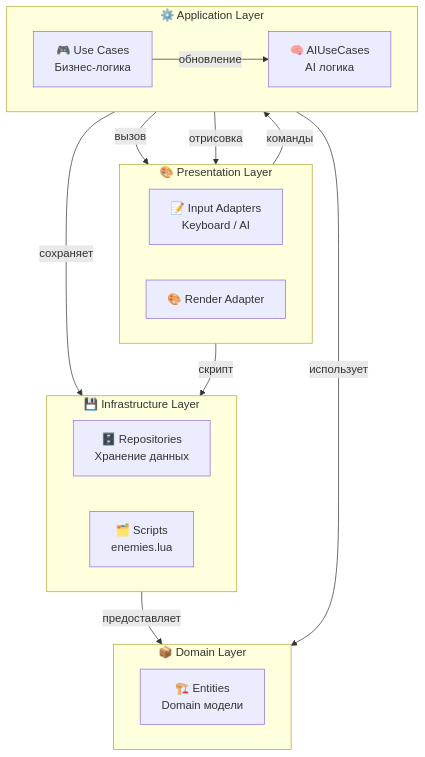
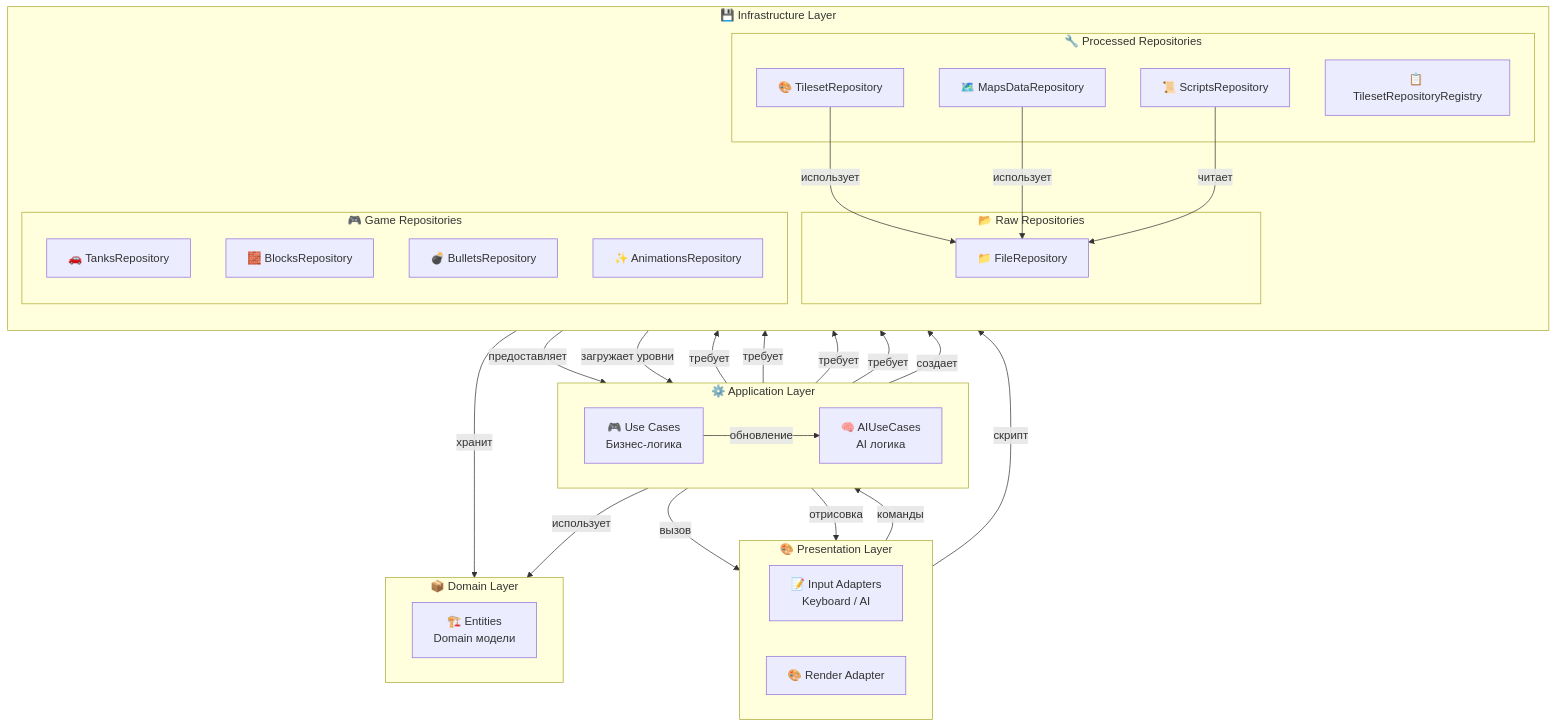
The first of 3 diagrams in README.md (shpaker/tnk9x), drawn with Mermaid before and after one commit.

````diff
--- a/README.md
+++ b/README.md
@@ -109,34 +109,63 @@
 ```mermaid
 graph TB
     subgraph P["🎨 Presentation Layer"]
         direction LR
         InputAdapters["📝 Input Adapters<br/>Keyboard / AI"]
         RenderAdapter["🎨 Render Adapter"]
     end
     
     subgraph A["⚙️ Application Layer"]
         direction LR
         UseCases["🎮 Use Cases<br/>Бизнес-логика"]
         AICases["🧠 AIUseCases<br/>AI логика"]
     end
     
     subgraph D["📦 Domain Layer"]
         direction LR
         Entities["🏗️ Entities<br/>Domain модели"]
     end
     
     subgraph I["💾 Infrastructure Layer"]
-        direction LR
-        Repositories["🗄️ Repositories<br/>Хранение данных"]
-        LuaScripts["🗂️ Scripts<br/>enemies.lua"]
+        direction TB
+        subgraph IR["📂 Raw Repositories"]
+            FileRepo["📁 FileRepository"]
+        end
+        
+        subgraph IP["🔧 Processed Repositories"]
+            MapsRepo["🗺️ MapsDataRepository"]
+            TilesetRepo["🎨 TilesetRepository"]
+            TilesetReg["📋 TilesetRepositoryRegistry"]
+            ScriptsRepo["📜 ScriptsRepository"]
+        end
+        
+        subgraph IG["🎮 Game Repositories"]
+            TanksRepo["🚗 TanksRepository"]
+            BlocksRepo["🧱 BlocksRepository"]
+            BulletsRepo["💣 BulletsRepository"]
+            AnimationsRepo["✨ AnimationsRepository"]
+        end
     end
     
     InputAdapters -->|"команды"| UseCases
     UseCases -->|"обновление"| AICases
     AICases -->|"вызов"| InputAdapters
-    InputAdapters -->|"скрипт"| LuaScripts
+    InputAdapters -->|"скрипт"| ScriptsRepo
     UseCases -->|"использует"| Entities
-    Repositories -->|"предоставляет"| Entities
-    UseCases -->|"сохраняет"| Repositories
+    
+    UseCases -->|"требует"| TanksRepo
+    UseCases -->|"требует"| BlocksRepo
+    UseCases -->|"требует"| BulletsRepo
+    UseCases -->|"требует"| AnimationsRepo
+    
+    TilesetReg -->|"предоставляет"| UseCases
+    MapsRepo -->|"загружает уровни"| UseCases
+    
+    TilesetRepo -->|"использует"| FileRepo
+    MapsRepo -->|"использует"| FileRepo
+    ScriptsRepo -->|"читает"| FileRepo
+    
+    UseCases -->|"создает"| IG
+    IG -->|"хранит"| Entities
+    
     UseCases -->|"отрисовка"| RenderAdapter
 ```
````
